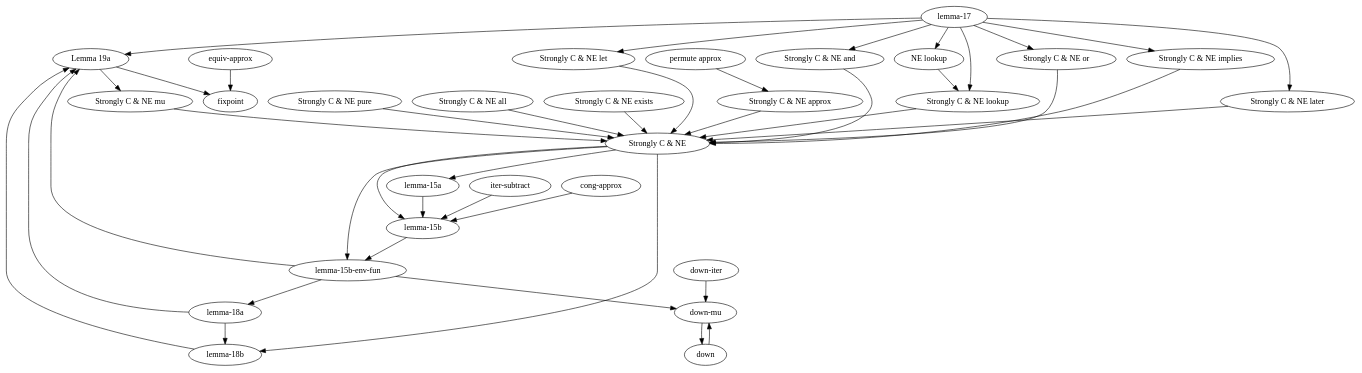
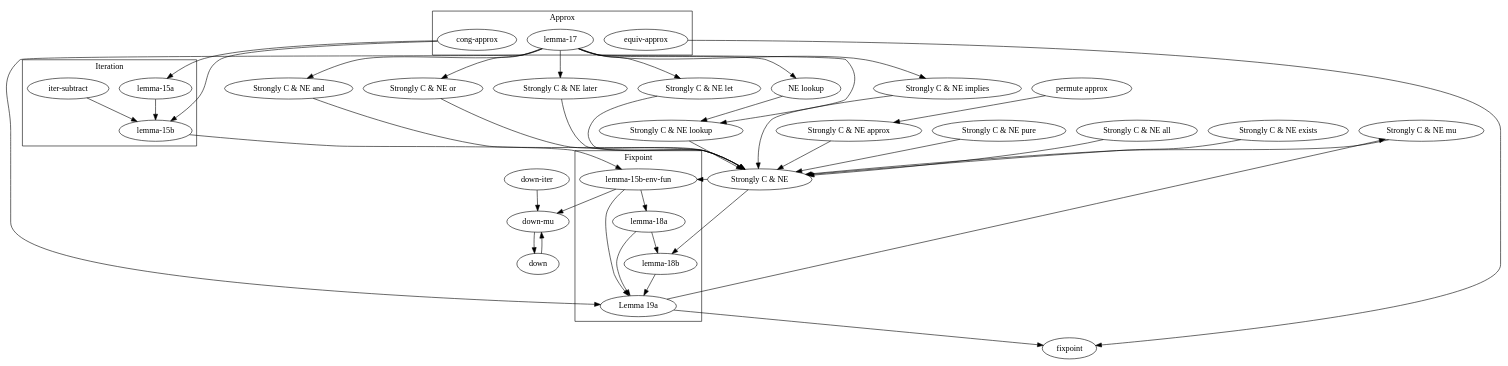
Before and after one commit to jsiek/step-indexed-logic: the diagram in papers/July2023/depend.dot, drawn with Graphviz. The commit also changed 9 other files, not shown here.

```diff
--- a/papers/July2023/depend.dot
+++ b/papers/July2023/depend.dot
@@ -1,104 +1,116 @@
 digraph G {
   0 [label="fixpoint"];
-  1 [label="Lemma 19a"];
   
-  2 [label="lemma-18a"];
-  3 [label="lemma-18b"];
-  4 [label="lemma-17"];
-  5 [label="lemma-15b-env-fun"];
+  subgraph cluster_1 {
+    label="Approx";
+    13 [label="cong-approx"]
+    4 [label="lemma-17"];
+    21 [label="equiv-approx"];    
+  }
+
+  subgraph cluster_2 {
+    label="Iteration";
+    12 [label="iter-subtract"];
+    11 [label="lemma-15a"];
+    10 [label="lemma-15b"];
+  }
+
+
+  subgraph cluster_0 {
+    label="Fixpoint";
+    5 [label="lemma-15b-env-fun"];
+    2 [label="lemma-18a"];
+    3 [label="lemma-18b"];
+    1 [label="Lemma 19a"];
+  }
+  
   6 [label="down-mu"]
   7 [label="down-iter"];
   8 [label="Strongly C & NE"];
   9 [label="down"];
-  10 [label="lemma-15b"];
-  11 [label="lemma-15a"];
-  12 [label="iter-subtract"];
-  13 [label="cong-approx"]
   14 [label="NE lookup"];
   15 [label="Strongly C & NE lookup"];
   16 [label="Strongly C & NE later"];
   17 [label="permute approx"];
   18 [label="Strongly C & NE approx"];
   19 [label="Strongly C & NE let"];
   20 [label="Strongly C & NE mu"];
-  21 [label="equiv-approx"];
   22 [label="Strongly C & NE pure"];
   23 [label="Strongly C & NE all"];
   24 [label="Strongly C & NE exists"];
   25 [label="Strongly C & NE and"];
   26 [label="Strongly C & NE or"];
   27 [label="Strongly C & NE implies"];
 
   // C & NE implies
   4 -> 27;
   
   // C & NE or
   4 -> 26;
 
   // C & NE and
   4 -> 25;
   
   // Strongly NE mu
   1 -> 20;
   
   // Strongly C&NE let
   4 -> 19;
   
   // Strongly C&NE approx
   17 -> 18;
   
   // Strongly C&NE later
   4 -> 16;
   
   // Strongly C&NE lookup
   14 -> 15;
   4 -> 15;
 
   // NE lookup
   4 -> 14;  
 
-  // 15a
-  8 -> 11;
+  // Lemma 15a
+  13 -> 11;  
 
-  // 15b
+  // Lemma 15b
   13 -> 10;
   12 -> 10;
   11 -> 10;
-  8 -> 10;
 
   // 15b-env-fun
   8 -> 5;
   10 -> 5;
 
   1 -> 0;
   21 -> 0;
   
   2 -> 1;
   3 -> 1;
   4 -> 1;
   5 -> 1;
 
   5 -> 2;
   
   2 -> 3;
   8 -> 3;
   
   5 -> 6;
   7 -> 6;
   9 -> 6;
 
   15 -> 8;
   16 -> 8;
   18 -> 8;
   19 -> 8;
   20 -> 8;
   22 -> 8;
   23 -> 8;
   24 -> 8;
   25 -> 8;
   26 -> 8;
   27 -> 8;
 
   6 -> 9;
   
 }
```
